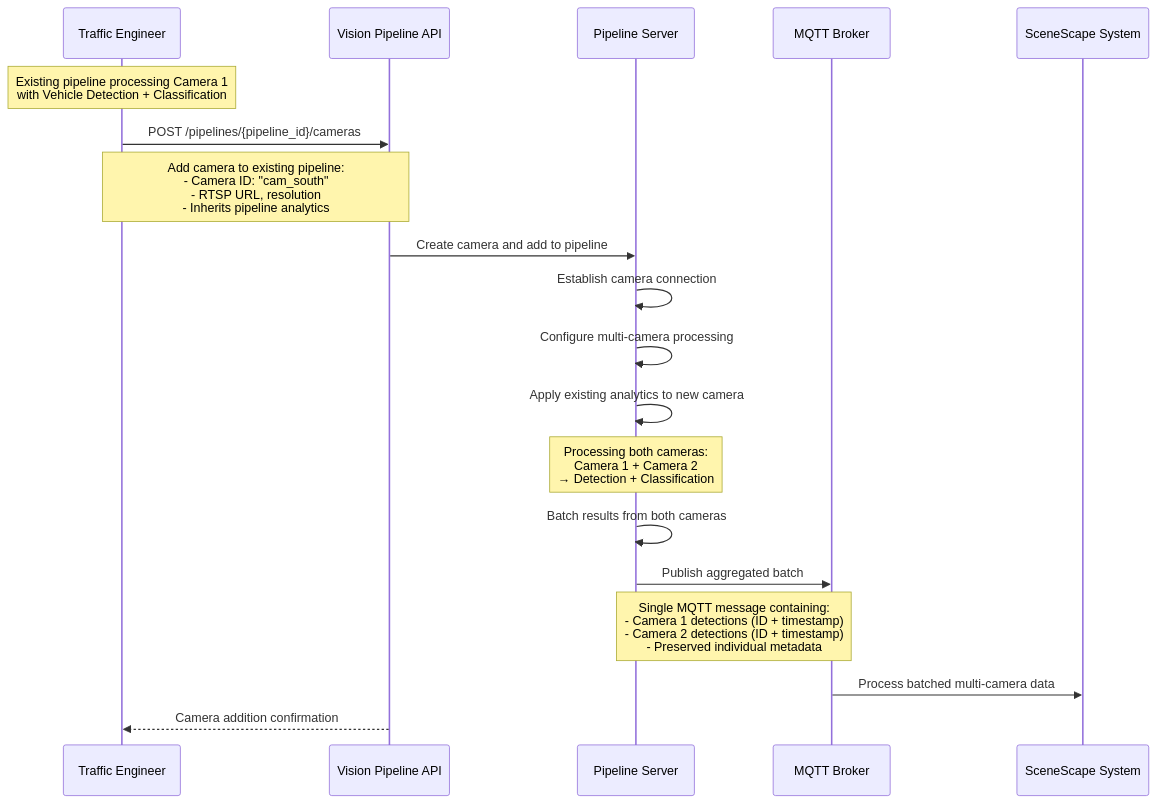
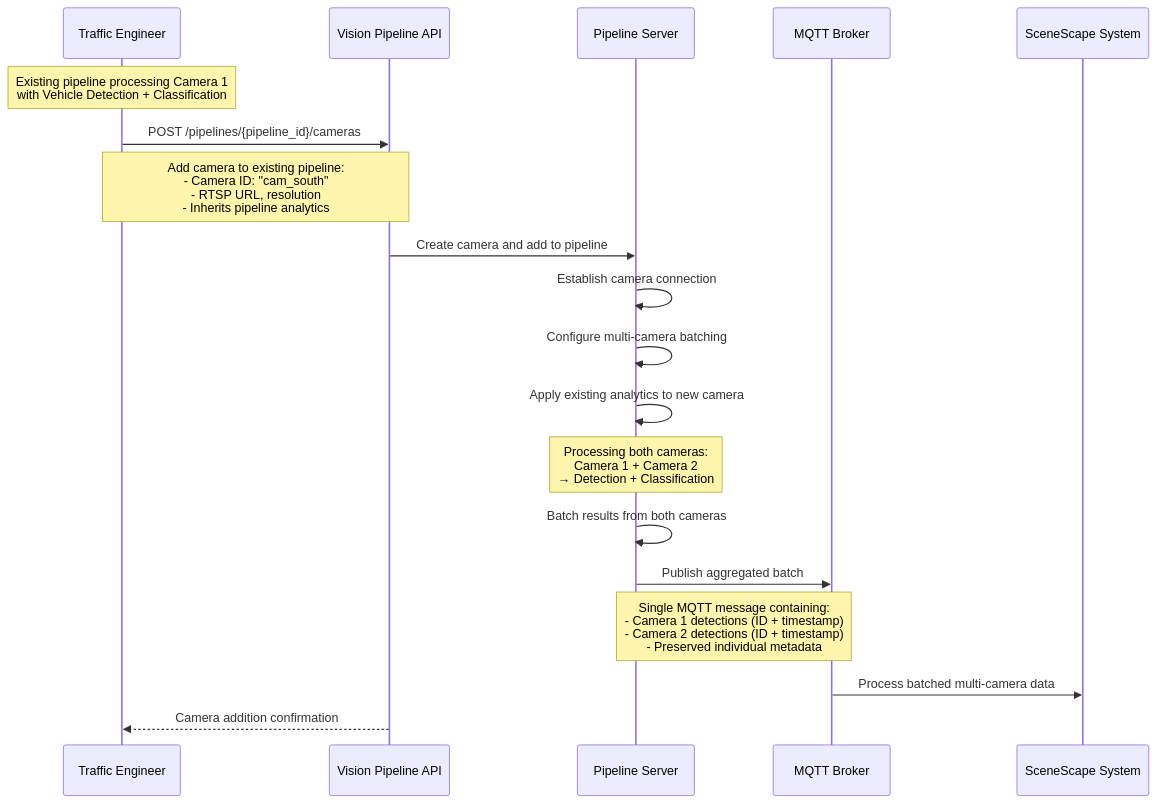
The eighth of 8 diagrams in docs/design/vision-pipeline-overview.md (open-edge-platform/scenescape), drawn with Mermaid before and after one commit. The commit also changed other lines of this file, not shown here.

````diff
--- a/docs/design/vision-pipeline-overview.md
+++ b/docs/design/vision-pipeline-overview.md
@@ -338,26 +338,26 @@
 ```mermaid
 sequenceDiagram
     participant User as Traffic Engineer
     participant API as Vision Pipeline API
     participant Server as Pipeline Server
     participant MQTT as MQTT Broker
     participant SceneScape as SceneScape System
 
     Note over User: Existing pipeline processing Camera 1<br/>with Vehicle Detection + Classification
     
     User->>API: POST /pipelines/{pipeline_id}/cameras
     Note over User,API: Add camera to existing pipeline:<br/>- Camera ID: "cam_south"<br/>- RTSP URL, resolution<br/>- Inherits pipeline analytics
     API->>Server: Create camera and add to pipeline
     Server->>Server: Establish camera connection
-    Server->>Server: Configure multi-camera processing
+    Server->>Server: Configure multi-camera batching
     Server->>Server: Apply existing analytics to new camera
     
     Note over Server: Processing both cameras:<br/>Camera 1 + Camera 2<br/>→ Detection + Classification
     
     Server->>Server: Batch results from both cameras
     Server->>MQTT: Publish aggregated batch
     Note over Server,MQTT: Single MQTT message containing:<br/>- Camera 1 detections (ID + timestamp)<br/>- Camera 2 detections (ID + timestamp)<br/>- Preserved individual metadata
     
     MQTT->>SceneScape: Process batched multi-camera data
     API-->>User: Camera addition confirmation
 ```
````
